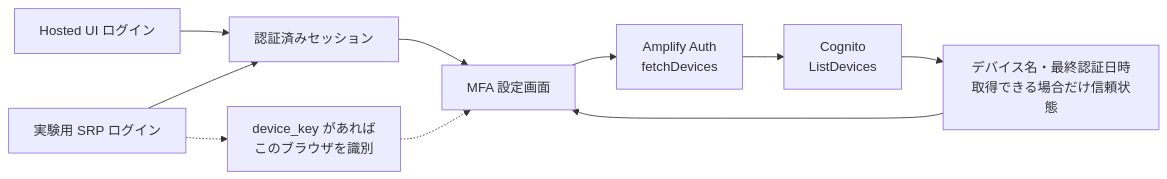
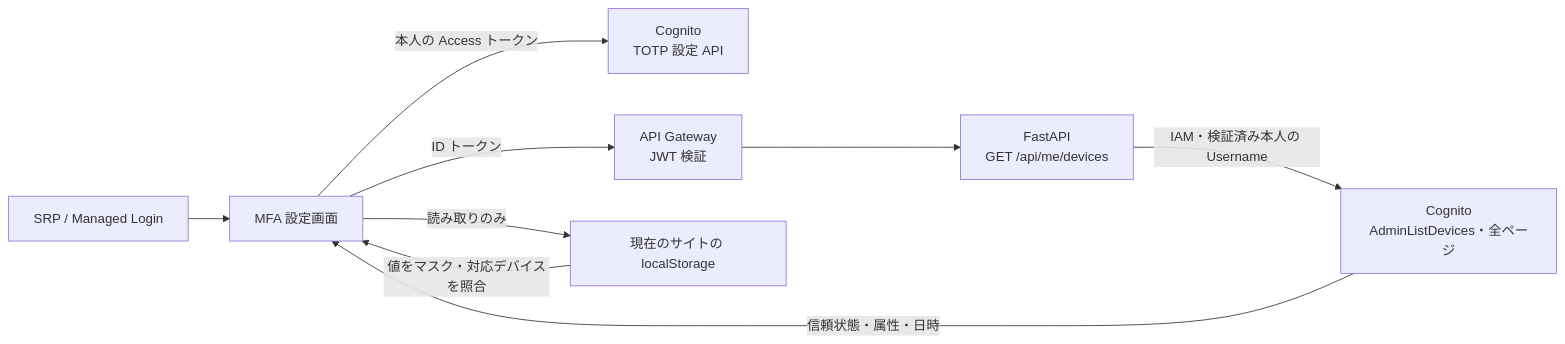
Before and after one commit to tayutaedomo/react-cognito-sandbox: the third of 3 diagrams in docs/trusted-device-implementation.md, drawn with Mermaid. The commit also changed other lines of this file and 26 other files, not shown here.

First line of the commit message:
feat: MFA 設定で Cognito とブラウザの保存情報を確認する

````diff
--- a/docs/trusted-device-implementation.md
+++ b/docs/trusted-device-implementation.md
@@ -85,12 +93,11 @@
 ```mermaid
 flowchart LR
-    Hosted["Hosted UI ログイン"] --> Session["認証済みセッション"]
-    SRP["実験用 SRP ログイン"] --> Session
-    Session --> Settings["MFA 設定画面"]
-    Settings --> Amplify["Amplify Auth<br/>fetchDevices"]
-    Amplify --> Cognito["Cognito<br/>ListDevices"]
-    Cognito --> List["デバイス名・最終認証日時<br/>取得できる場合だけ信頼状態"]
-    List --> Settings
-    SRP -.-> Current["device_key があれば<br/>このブラウザを識別"]
-    Current -.-> Settings
+    Login["SRP / Managed Login"] --> UI["MFA 設定画面"]
+    UI -->|"本人の Access トークン"| Mfa["Cognito<br/>TOTP 設定 API"]
+    UI -->|"ID トークン"| Gateway["API Gateway<br/>JWT 検証"]
+    Gateway --> Backend["FastAPI<br/>GET /api/me/devices"]
+    Backend -->|"IAM・検証済み本人の Username"| Devices["Cognito<br/>AdminListDevices・全ページ"]
+    Devices -->|"信頼状態・属性・日時"| UI
+    UI -->|"読み取りのみ"| Storage["現在のサイトの localStorage"]
+    Storage -->|"値をマスク・対応デバイスを照合"| UI
 ```
````
